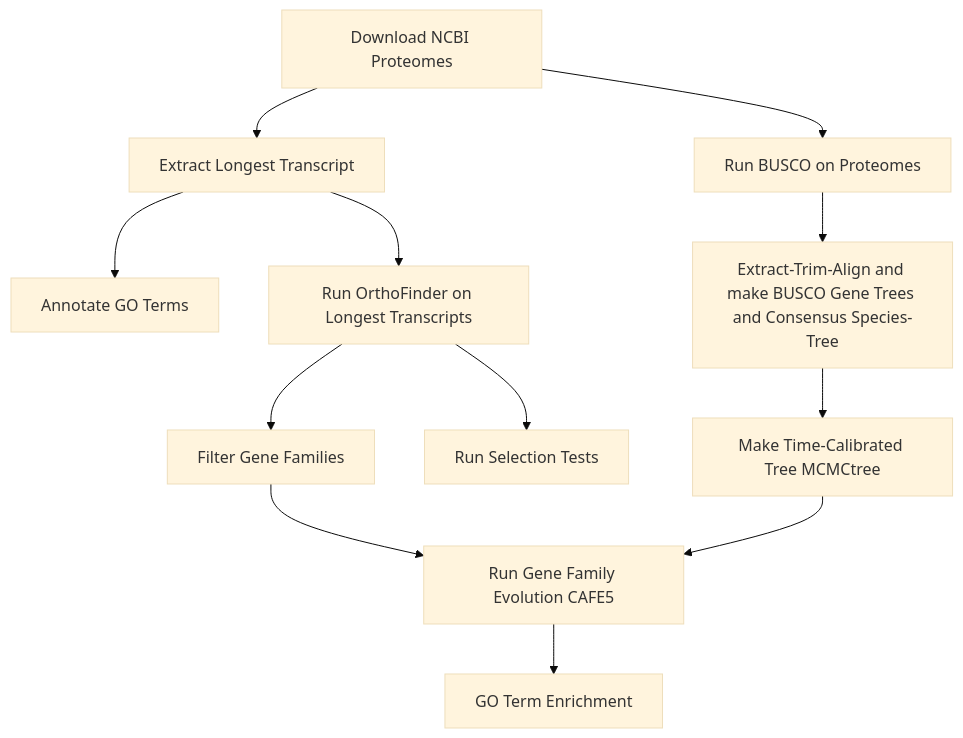
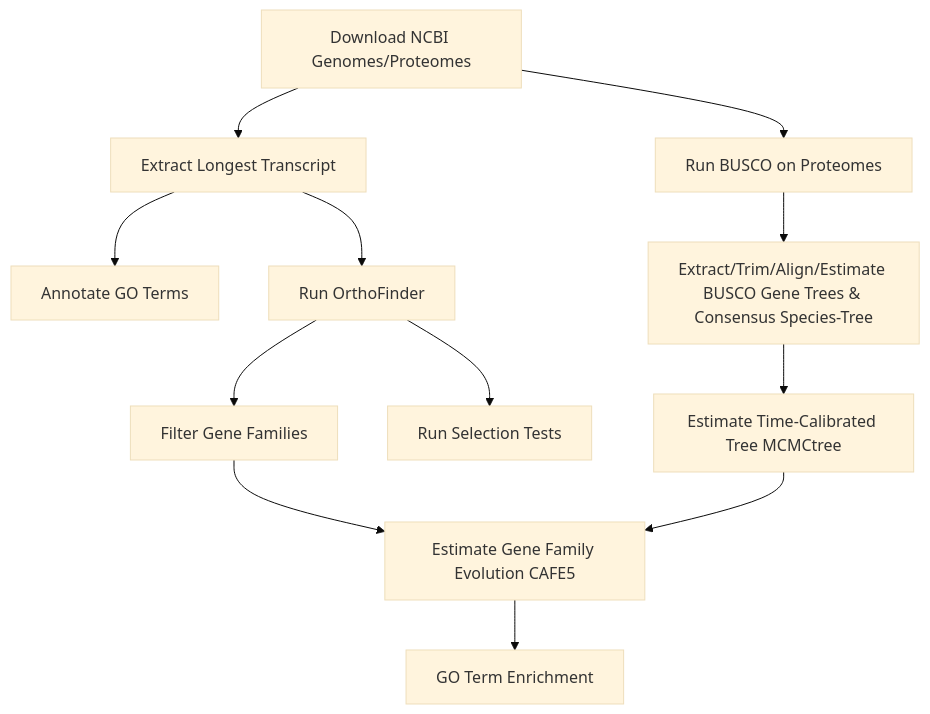
One commit to connor122721/GeneFamilyEvolution changed the diagram in README.md. Above: the diagram before and after it, drawn with Mermaid (base theme). The commit also changed other lines of this file and 9 other files, not shown here.

Commit message:
Update mcmctree configuration, add new genomes, and enhance BUSCO extraction process

````diff
--- a/README.md
+++ b/README.md
@@ -13,14 +13,14 @@
 ```mermaid
 graph TD
-    AA[Download NCBI Proteomes] --> A
+    AA[Download NCBI Genomes/Proteomes] --> A
     AA --> C
     A[Extract Longest Transcript] --> B[Annotate GO Terms]
-    C[Run BUSCO on Proteomes] --> G[Extract-Trim-Align and make BUSCO Gene Trees and Consensus Species-Tree]
-    A --> I[Run OrthoFinder on Longest Transcripts]
+    C[Run BUSCO on Proteomes] --> G[Extract/Trim/Align/Estimate BUSCO Gene Trees & Consensus Species-Tree]
+    A --> I[Run OrthoFinder]
     I --> J[Filter Gene Families]
-    J --> K[Run Gene Family Evolution CAFE5]
+    J --> K[Estimate Gene Family Evolution CAFE5]
     K --> L[GO Term Enrichment]
     I --> M[Run Selection Tests]
-    G --> P[Make Time-Calibrated Tree MCMCtree]
+    G --> P[Estimate Time-Calibrated Tree MCMCtree]
     P --> K
 ```
````
